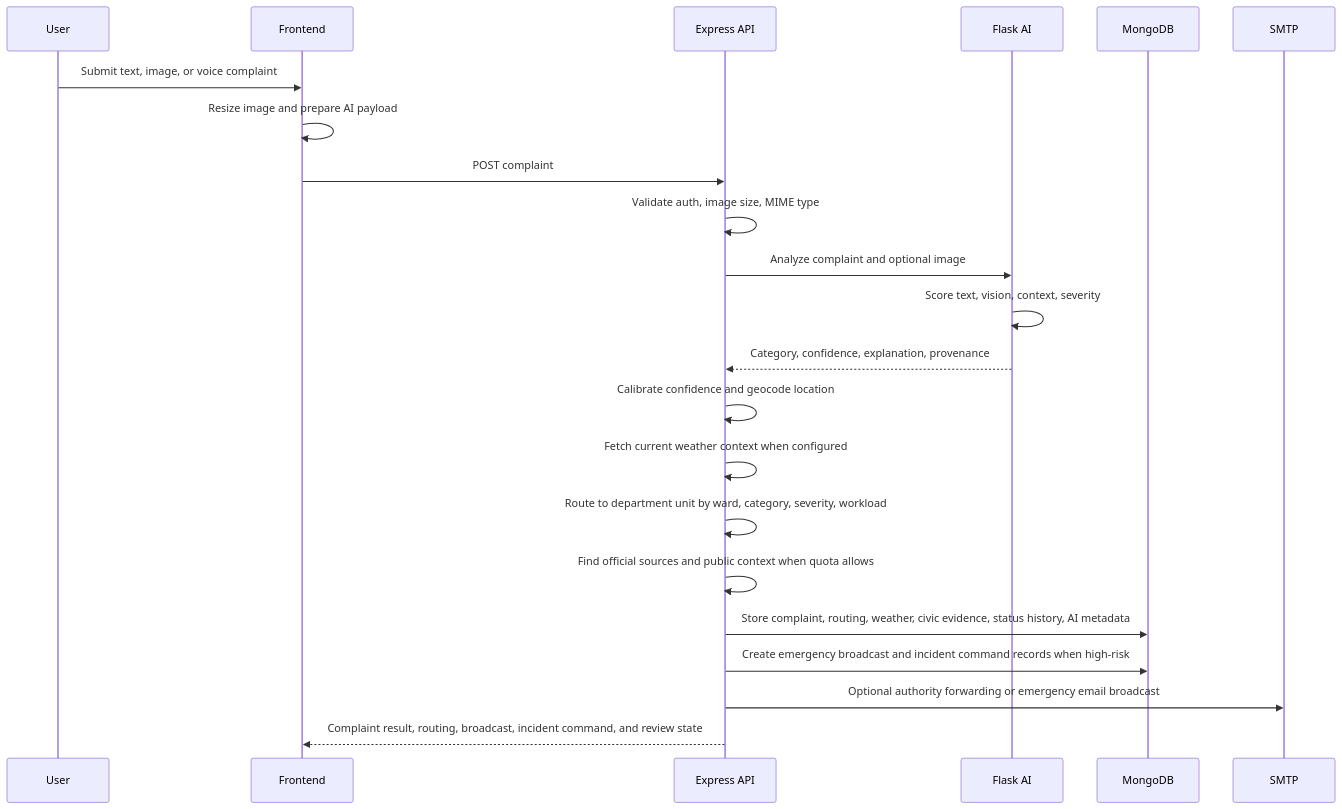
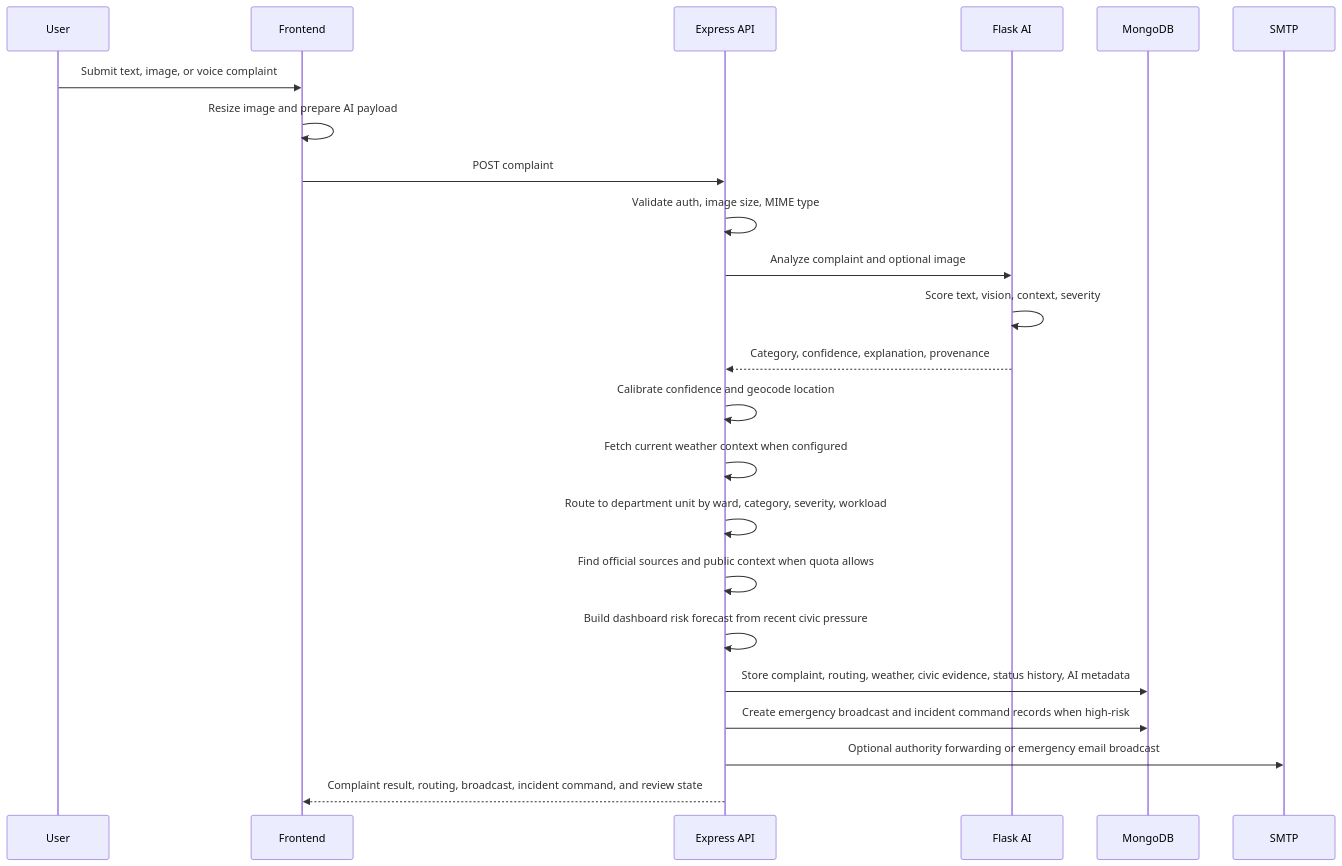
The second of 2 diagrams in README.md (Shreyas0047/Urban-Pulse-Ai), drawn with Mermaid before and after one commit. The commit also changed other lines of this file and 5 other files, not shown here.

Commit message:
added civic risk forecast

````diff
--- a/README.md
+++ b/README.md
@@ -54,25 +56,26 @@
 ```mermaid
 sequenceDiagram
     participant U as User
     participant FE as Frontend
     participant API as Express API
     participant AI as Flask AI
     participant DB as MongoDB
     participant Mail as SMTP
 
     U->>FE: Submit text, image, or voice complaint
     FE->>FE: Resize image and prepare AI payload
     FE->>API: POST complaint
     API->>API: Validate auth, image size, MIME type
     API->>AI: Analyze complaint and optional image
     AI->>AI: Score text, vision, context, severity
     AI-->>API: Category, confidence, explanation, provenance
     API->>API: Calibrate confidence and geocode location
     API->>API: Fetch current weather context when configured
     API->>API: Route to department unit by ward, category, severity, workload
     API->>API: Find official sources and public context when quota allows
+    API->>API: Build dashboard risk forecast from recent civic pressure
     API->>DB: Store complaint, routing, weather, civic evidence, status history, AI metadata
     API->>DB: Create emergency broadcast and incident command records when high-risk
     API->>Mail: Optional authority forwarding or emergency email broadcast
     API-->>FE: Complaint result, routing, broadcast, incident command, and review state
 ```
````
